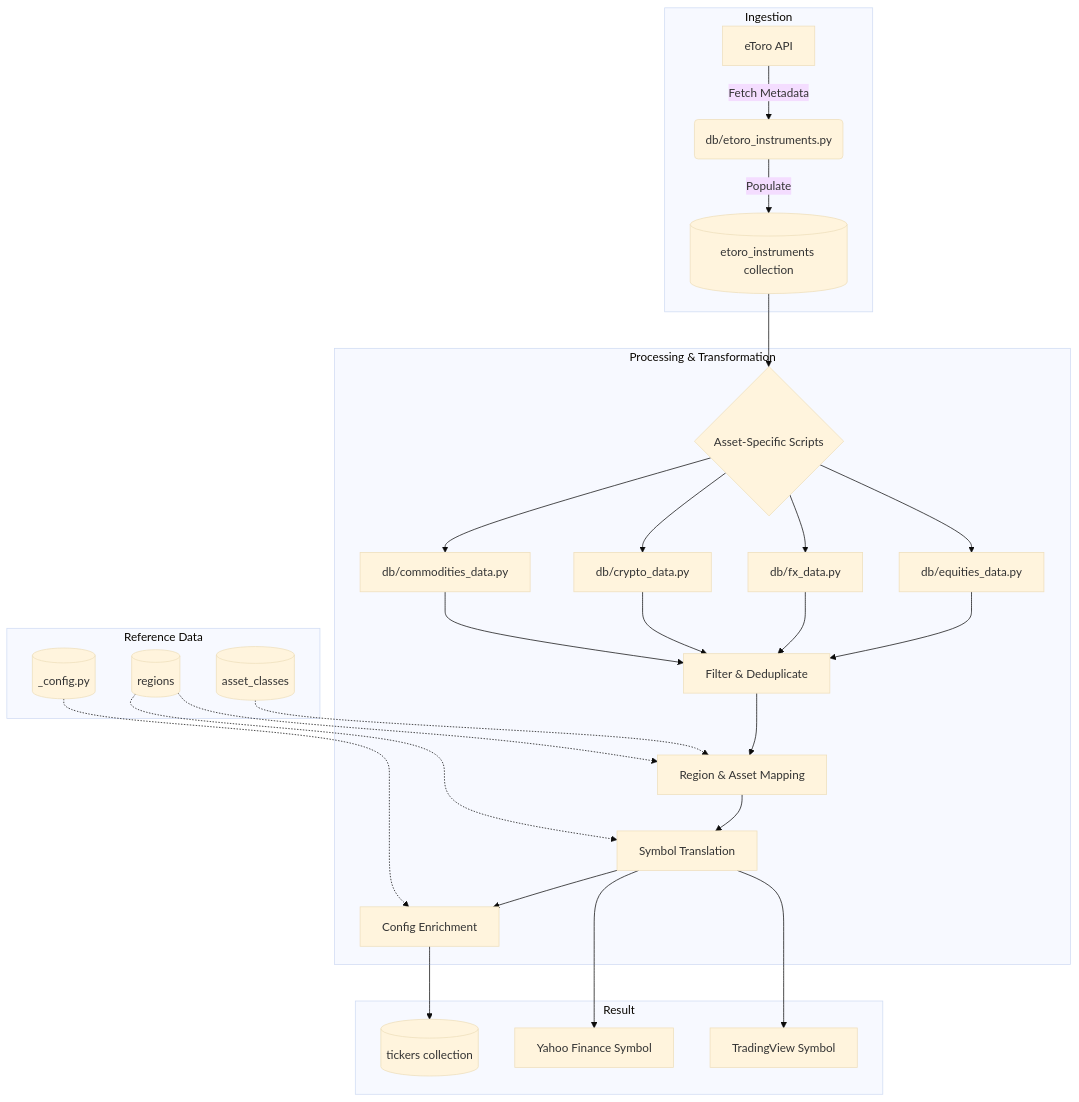
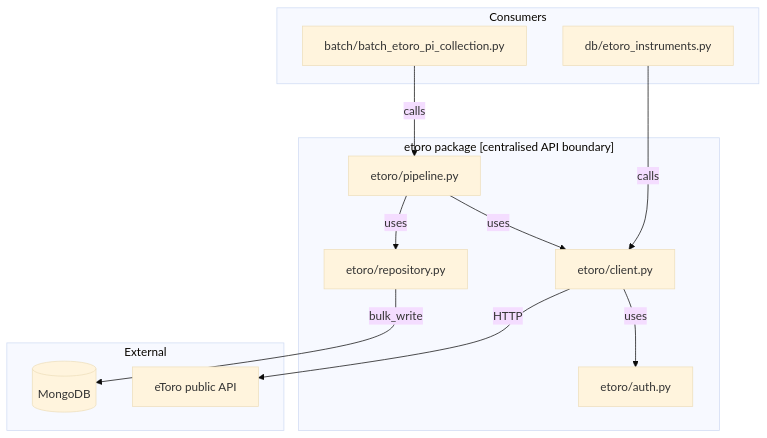
One commit to AlphaSentra/alphasentra-core changed the first of 3 diagrams in ETORO_MAPPING.md. Above: the diagram before and after it, drawn with Mermaid (base theme). The commit also changed other lines of this file and 8 other files, not shown here.

Commit message:
etoro-api-centr-map-

````diff
--- a/ETORO_MAPPING.md
+++ b/ETORO_MAPPING.md
@@ -7,33 +7,26 @@
 ```mermaid
-graph TD
-    subgraph "Ingestion"
-        A[eToro API] -->|Fetch Metadata| B(db/etoro_instruments.py)
-        B -->|Populate| C[(etoro_instruments collection)]
+graph TB
+    subgraph "etoro package [centralised API boundary]"
+        C1[etoro/client.py]
+        C2[etoro/pipeline.py]
+        C3[etoro/repository.py]
+        C4[etoro/auth.py]
+        C1 -->|uses| C4
+        C2 -->|uses| C1
+        C2 -->|uses| C3
     end
 
-    subgraph "Processing & Transformation"
-        C --> D{Asset-Specific Scripts}
-        D --> E[db/equities_data.py]
-        D --> F[db/fx_data.py]
-        D --> G[db/crypto_data.py]
-        D --> H[db/commodities_data.py]
-        
-        E & F & G & H --> I[Filter & Deduplicate]
-        I --> J[Region & Asset Mapping]
-        J --> K[Symbol Translation]
-        K --> L[Config Enrichment]
+    subgraph "Consumers"
+        D1[batch/batch_etoro_pi_collection.py]
+        D2[db/etoro_instruments.py]
     end
+    D1 -->|calls| C2
+    D2 -->|calls| C1
 
-    subgraph "Reference Data"
-        M[(asset_classes)] -.-> J
-        N[(regions)] -.-> J
-        N -.-> K
-        O[(_config.py)] -.-> L
+    subgraph "External"
+        A["eToro public API"]
+        B[(MongoDB)]
     end
-
-    subgraph "Result"
-        L --> P[(tickers collection)]
-        K --> Q[Yahoo Finance Symbol]
-        K --> R[TradingView Symbol]
-    end
+    C1 -->|HTTP| A
+    C3 -->|bulk_write| B
 ```
````
